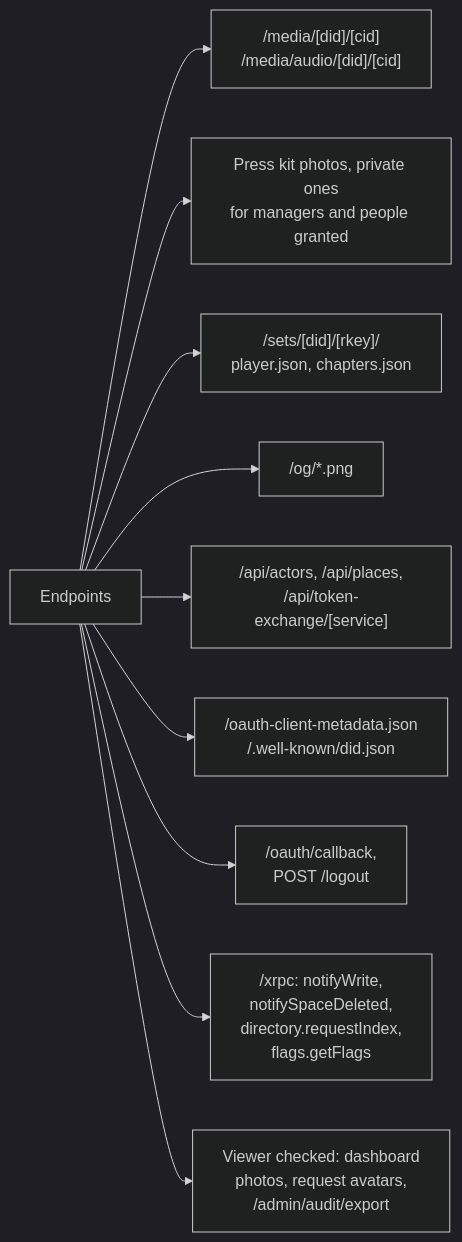
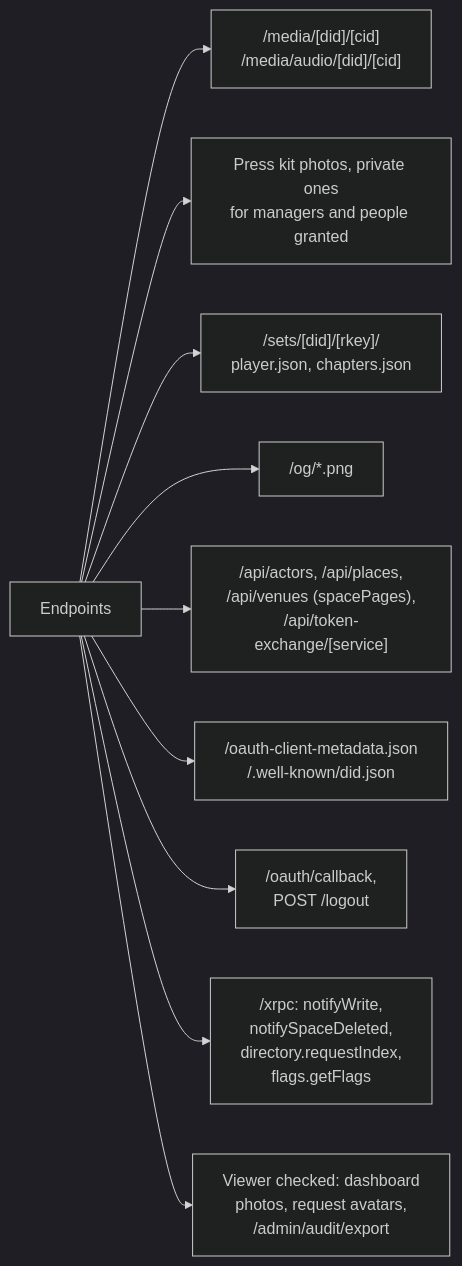
The tenth of 11 diagrams in apps/web/docs/diagrams/requests-and-routes.md (cutenode/localnetwork), drawn with Mermaid (dark theme) before and after one commit. The commit also changed other lines of this file and 38 other files, not shown here.

````diff
--- a/apps/web/docs/diagrams/requests-and-routes.md
+++ b/apps/web/docs/diagrams/requests-and-routes.md
@@ -226,13 +227,13 @@
 ```mermaid
 flowchart LR
   Ep["Endpoints"]
   Ep --> Media["/media/[did]/[cid]<br/>/media/audio/[did]/[cid]"]
   Ep --> Kit["Press kit photos, private ones<br/>for managers and people granted"]
   Ep --> Sets["/sets/[did]/[rkey]/<br/>player.json, chapters.json"]
   Ep --> Og["/og/*.png"]
-  Ep --> Api["/api/actors, /api/places,<br/>/api/token-exchange/[service]"]
+  Ep --> Api["/api/actors, /api/places,<br/>/api/venues (spacePages),<br/>/api/token-exchange/[service]"]
   Ep --> Docs["/oauth-client-metadata.json<br/>/.well-known/did.json"]
   Ep --> Session["/oauth/callback,<br/>POST /logout"]
   Ep --> Xrpc["/xrpc: notifyWrite,<br/>notifySpaceDeleted,<br/>directory.requestIndex,<br/>flags.getFlags"]
   Ep --> Signed["Viewer checked: dashboard<br/>photos, request avatars,<br/>/admin/audit/export"]
 ```
````
